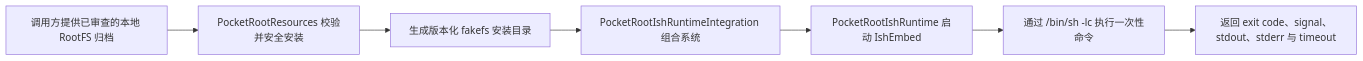
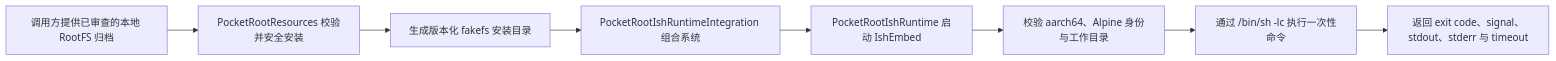
The diagram in README.md (jacklv-coder/PocketRoot), drawn with Mermaid before and after one commit. The commit also changed other lines of this file and 27 other files, not shown here.

````diff
--- a/README.md
+++ b/README.md
@@ -25,9 +25,10 @@
 ```mermaid
 flowchart LR
     A["调用方提供已审查的本地 RootFS 归档"] --> B["PocketRootResources 校验并安全安装"]
     B --> C["生成版本化 fakefs 安装目录"]
     C --> D["PocketRootIshRuntimeIntegration 组合系统"]
     D --> E["PocketRootIshRuntime 启动 IshEmbed"]
-    E --> F["通过 /bin/sh -lc 执行一次性命令"]
-    F --> G["返回 exit code、signal、stdout、stderr 与 timeout"]
+    E --> F["校验 aarch64、Alpine 身份与工作目录"]
+    F --> G["通过 /bin/sh -lc 执行一次性命令"]
+    G --> H["返回 exit code、signal、stdout、stderr 与 timeout"]
 ```
````
